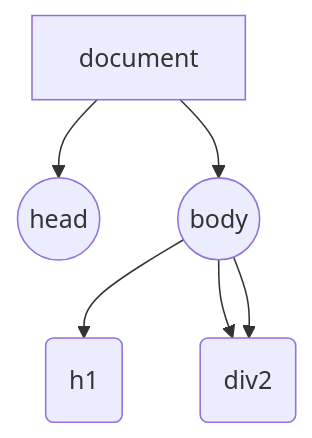
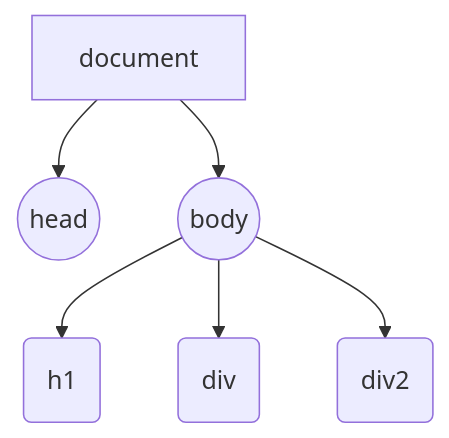
The diagram in README.md (rafaelrpq/f1), drawn with Mermaid before and after one commit.

````diff
--- a/README.md
+++ b/README.md
@@ -14,8 +14,8 @@
 ```mermaid
     graph TD
     doc[document] --> head((head))
     doc --> body((body))
     body --> h1(h1)
     body --> div(div)
-    body --> div(div2)
+    body --> div2(div2)
 ```
````
